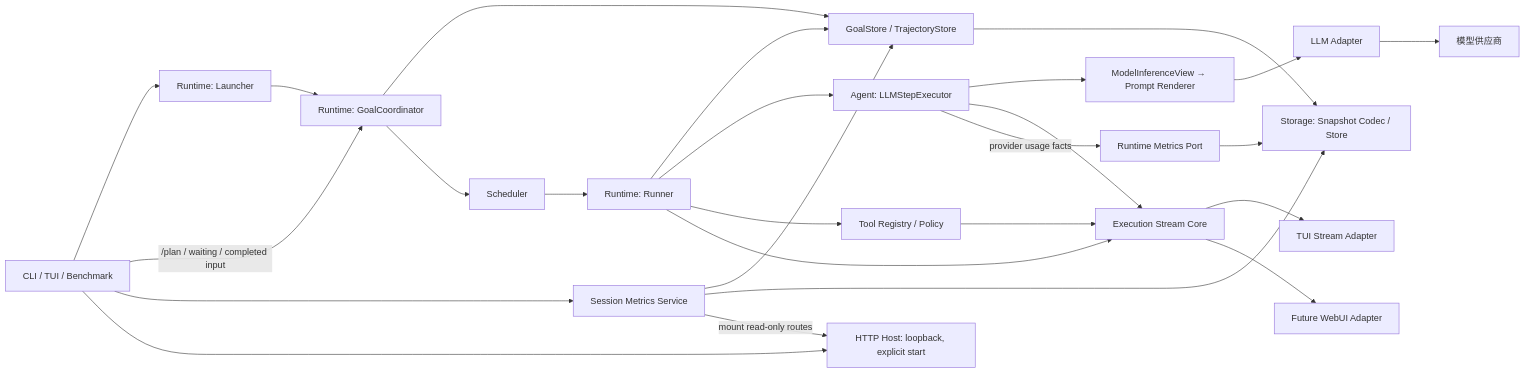
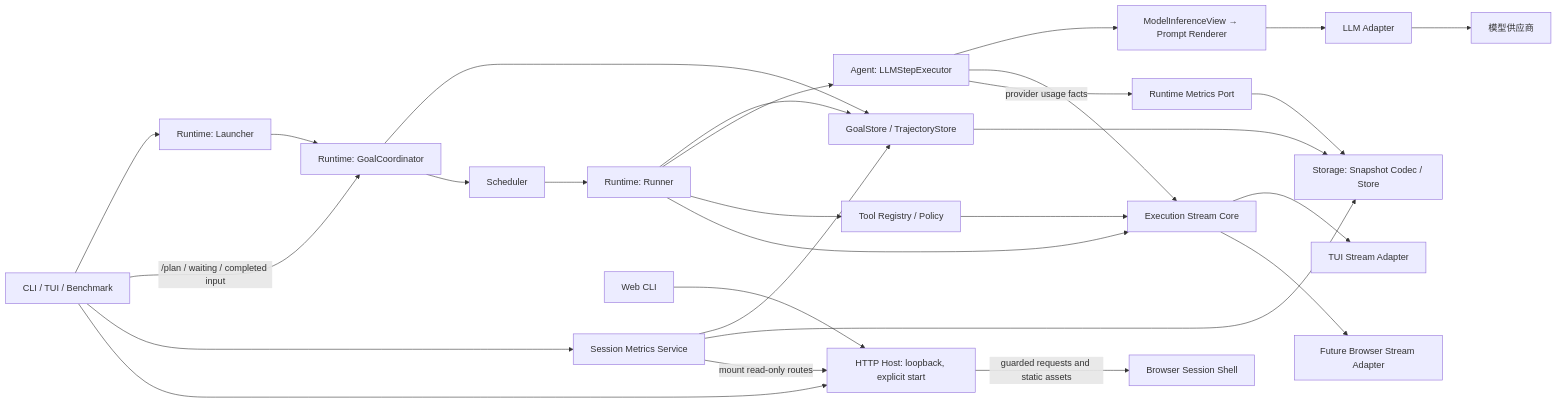
The diagram in docs/architecture/README.md (ccasJay/LazyGoal), drawn with Mermaid before and after one commit. The commit also changed other lines of this file and 17 other files, not shown here.

````diff
--- a/docs/architecture/README.md
+++ b/docs/architecture/README.md
@@ -21,28 +21,30 @@
 ```mermaid
 flowchart LR
     C[CLI / TUI / Benchmark] --> L[Runtime: Launcher]
     L --> G[Runtime: GoalCoordinator]
     C -->|/plan / waiting / completed input| G
     G --> S[GoalStore / TrajectoryStore]
     G --> Q[Scheduler]
     Q --> R[Runtime: Runner]
     R --> S
     R --> E[Agent: LLMStepExecutor]
     E --> V[ModelInferenceView → Prompt Renderer]
     V --> A[LLM Adapter]
     A --> M[模型供应商]
     S --> ST[Storage: Snapshot Codec / Store]
     R --> T[Tool Registry / Policy]
     R --> X[Execution Stream Core]
     E --> X
     T --> X
     X --> U[TUI Stream Adapter]
-    X --> W[Future WebUI Adapter]
+    X --> W[Future Browser Stream Adapter]
     E -->|provider usage facts| MS[Runtime Metrics Port]
     MS --> ST
     C --> MC[Session Metrics Service]
     MC --> S
     MC --> ST
     C --> H[HTTP Host: loopback, explicit start]
     MC -->|mount read-only routes| H
+    WC[Web CLI] --> H
+    H -->|guarded requests and static assets| BW[Browser Session Shell]
 ```
````
